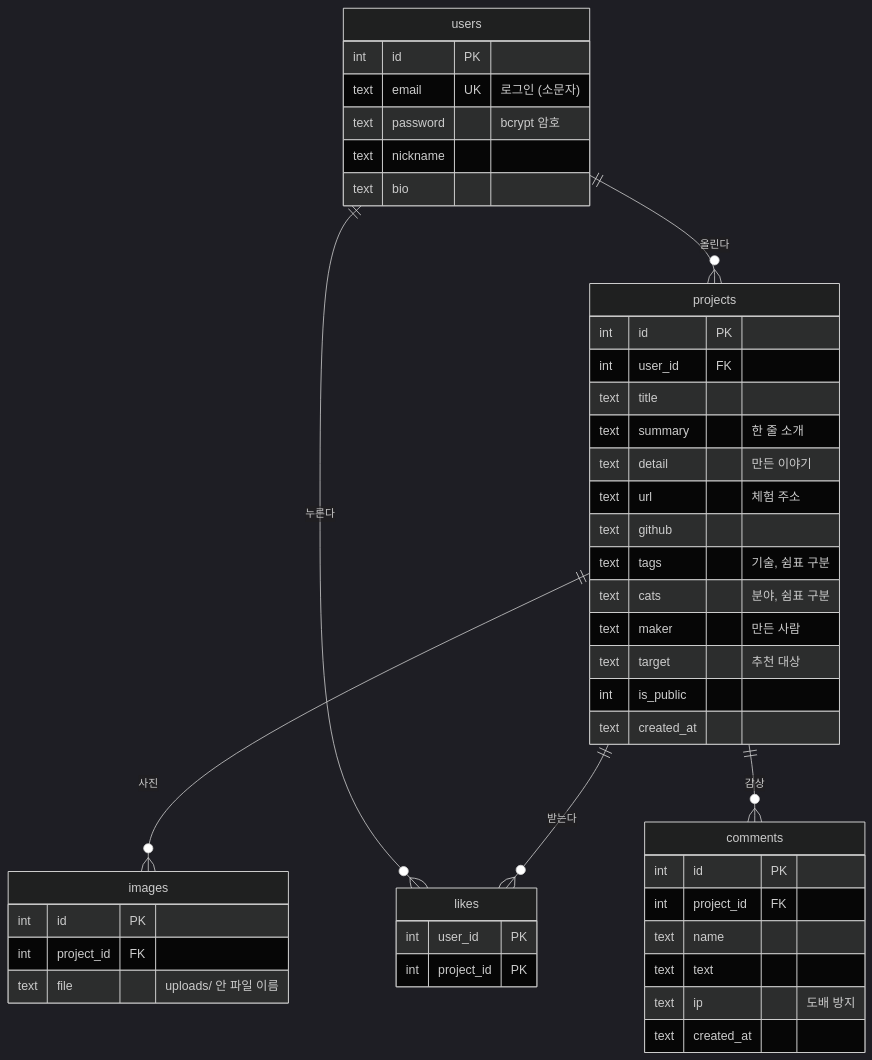
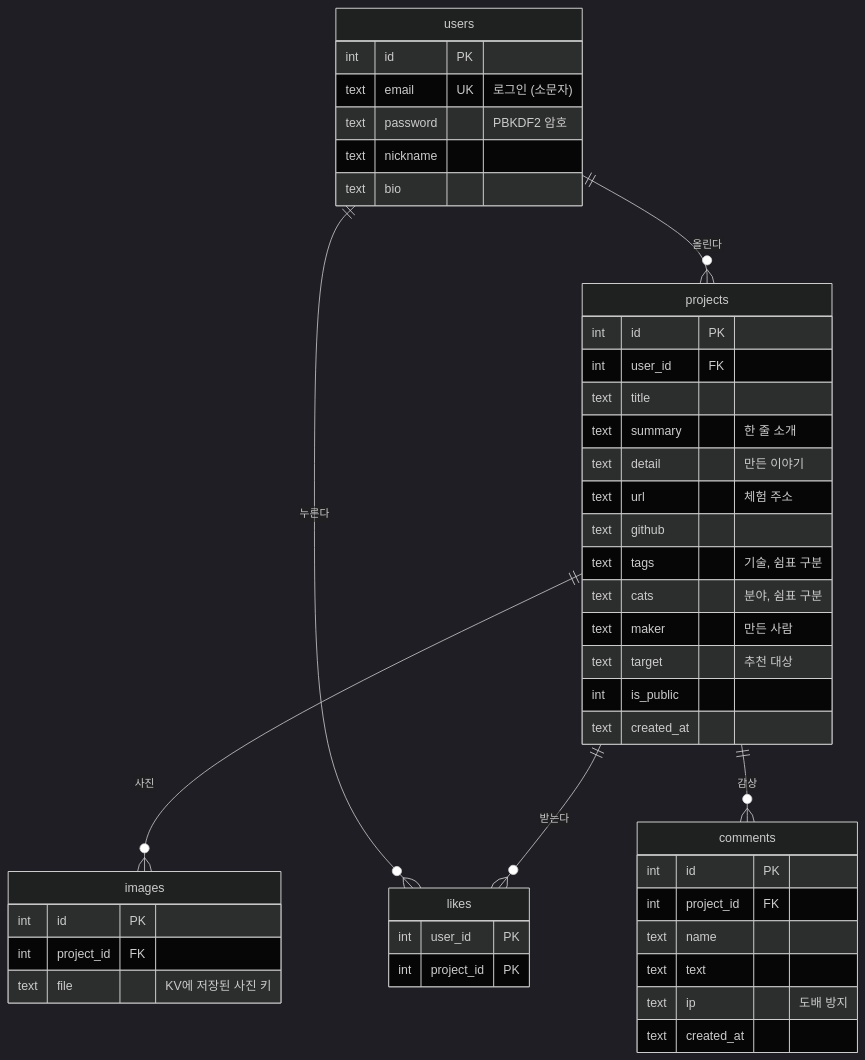
Before and after one commit to 10x4hs/p-art: the seventh of 8 diagrams in docs/WORKFLOW.md, drawn with Mermaid (dark theme). The commit also changed other lines of this file and 5 other files, not shown here.

````diff
--- a/docs/WORKFLOW.md
+++ b/docs/WORKFLOW.md
@@ -169,48 +180,48 @@
 ```mermaid
 erDiagram
   users ||--o{ projects : "올린다"
   users ||--o{ likes : "누른다"
   projects ||--o{ images : "사진"
   projects ||--o{ likes : "받는다"
   projects ||--o{ comments : "감상"
 
   users {
     int id PK
     text email UK "로그인 (소문자)"
-    text password "bcrypt 암호"
+    text password "PBKDF2 암호"
     text nickname
     text bio
   }
   projects {
     int id PK
     int user_id FK
     text title
     text summary "한 줄 소개"
     text detail "만든 이야기"
     text url "체험 주소"
     text github
     text tags "기술, 쉼표 구분"
     text cats "분야, 쉼표 구분"
     text maker "만든 사람"
     text target "추천 대상"
     int is_public
     text created_at
   }
   images {
     int id PK
     int project_id FK
-    text file "uploads/ 안 파일 이름"
+    text file "KV에 저장된 사진 키"
   }
   likes {
     int user_id PK
     int project_id PK
   }
   comments {
     int id PK
     int project_id FK
     text name
     text text
     text ip "도배 방지"
     text created_at
   }
 ```
````
